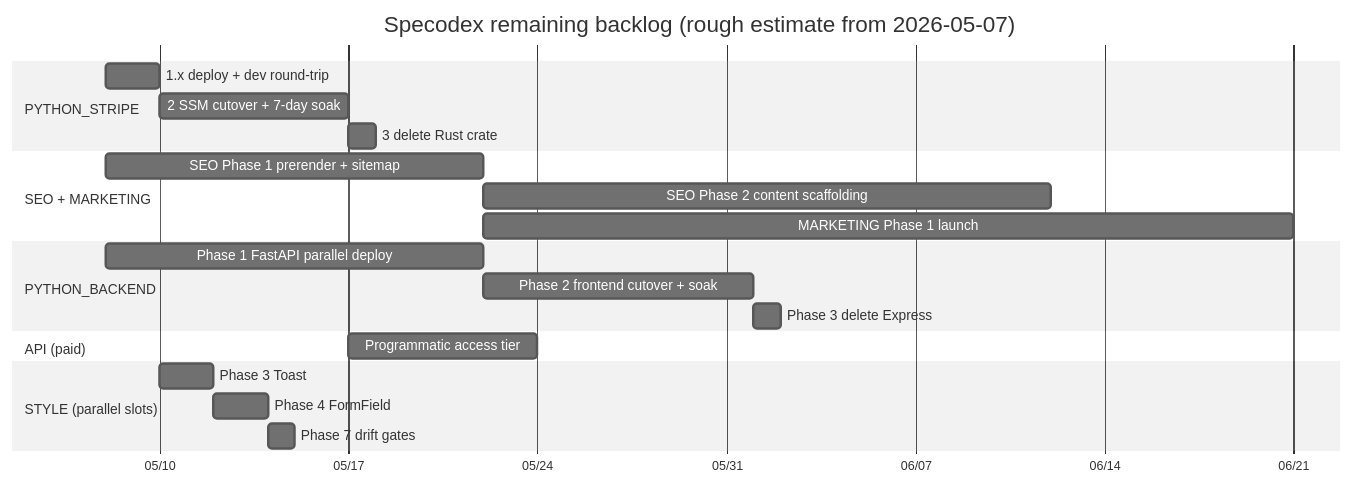
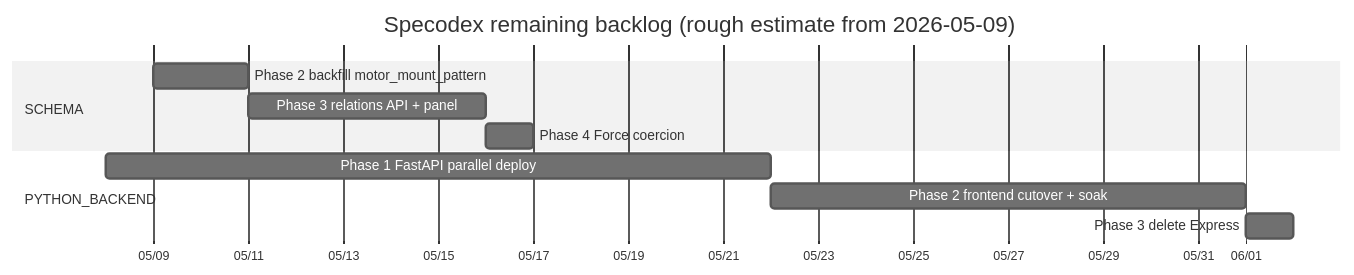
The second of 2 diagrams in todo/README.md (JimothyJohn/specodex), drawn with Mermaid (neutral theme) before and after one commit. The commit also changed other lines of this file and 29 other files, not shown here.

First line of the commit message:
wip: prior-session actuator MVP + growth-cli + schema/configuration docs

````diff
--- a/todo/README.md
+++ b/todo/README.md
@@ -230,29 +264,16 @@
 ```mermaid
 gantt
-    title Specodex remaining backlog (rough estimate from 2026-05-07)
+    title Specodex remaining backlog (rough estimate from 2026-05-09)
     dateFormat YYYY-MM-DD
     axisFormat %m/%d
 
-    section PYTHON_STRIPE
-    1.x deploy + dev round-trip      :s1, 2026-05-08, 2d
-    2 SSM cutover + 7-day soak       :s2, after s1, 7d
-    3 delete Rust crate              :after s2, 1d
-
-    section SEO + MARKETING
-    SEO Phase 1 prerender + sitemap  :seo1, 2026-05-08, 14d
-    SEO Phase 2 content scaffolding  :seo2, after seo1, 21d
-    MARKETING Phase 1 launch         :after seo1, 30d
+    section SCHEMA
+    Phase 2 backfill motor_mount_pattern :sc2, 2026-05-09, 2d
+    Phase 3 relations API + panel        :sc3, after sc2, 5d
+    Phase 4 Force coercion               :after sc3, 1d
 
     section PYTHON_BACKEND
     Phase 1 FastAPI parallel deploy  :pb1, 2026-05-08, 14d
     Phase 2 frontend cutover + soak  :pb2, after pb1, 10d
     Phase 3 delete Express           :after pb2, 1d
-
-    section API (paid)
-    Programmatic access tier         :after s2, 7d
-
-    section STYLE (parallel slots)
-    Phase 3 Toast                    :st3, 2026-05-10, 2d
-    Phase 4 FormField                :st4, after st3, 2d
-    Phase 7 drift gates              :after st4, 1d
 ```
````
